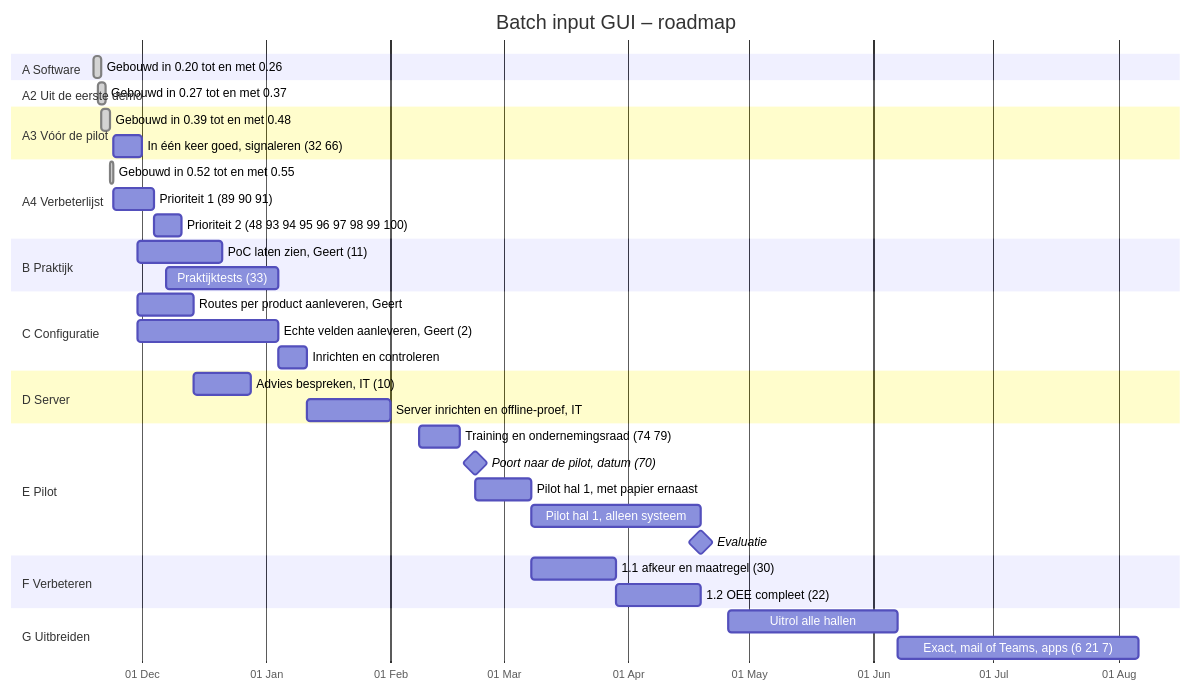
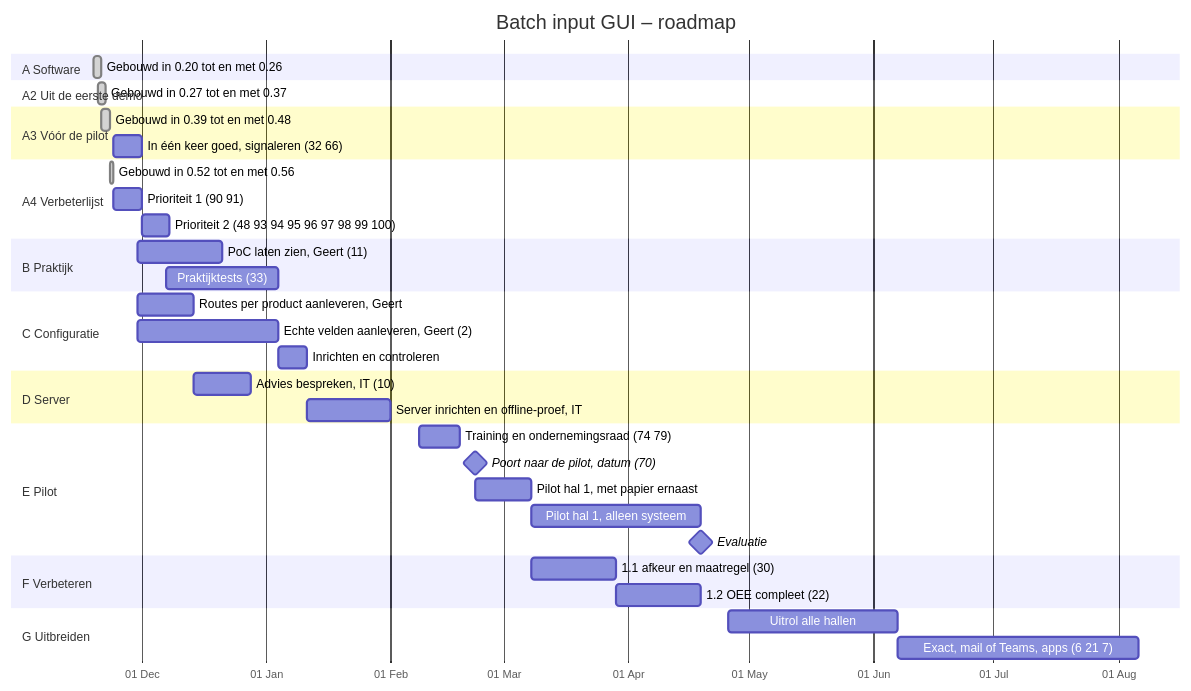
One commit to Gertjun/Manufacturing-Execution-System changed the diagram in ROADMAP.md. Above: the diagram before and after it, drawn with Mermaid. The commit also changed other lines of this file and 20 other files, not shown here.

````diff
--- a/ROADMAP.md
+++ b/ROADMAP.md
@@ -12,50 +12,50 @@
 ```mermaid
 gantt
     title Batch input GUI – roadmap
     dateFormat YYYY-MM-DD
     axisFormat %d %b
     todayMarker on
 
     section A Software
     Gebouwd in 0.20 tot en met 0.26          :done, a1, 2026-11-19, 2d
 
     section A2 Uit de eerste demo
     Gebouwd in 0.27 tot en met 0.37          :done, a2, 2026-11-20, 2d
 
     section A3 Vóór de pilot
     Gebouwd in 0.39 tot en met 0.48          :done, a3a, 2026-11-21, 2d
     In één keer goed, signaleren (32 66)     :a3b, 2026-11-24, 7d
 
     section A4 Verbeterlijst
-    Gebouwd in 0.52 tot en met 0.55          :done, a4g, 2026-11-23, 1d
-    Prioriteit 1 (89 90 91)                  :a4a, 2026-11-24, 10d
+    Gebouwd in 0.52 tot en met 0.56          :done, a4g, 2026-11-23, 1d
+    Prioriteit 1 (90 91)                     :a4a, 2026-11-24, 7d
     Prioriteit 2 (48 93 94 95 96 97 98 99 100) :a4b, after a4a, 7d
 
     section B Praktijk
     PoC laten zien, Geert (11)               :b1, 2026-11-30, 21d
     Praktijktests (33)                       :b2, 2026-12-07, 28d
 
     section C Configuratie
     Routes per product aanleveren, Geert     :c0, 2026-11-30, 14d
     Echte velden aanleveren, Geert (2)       :c1, 2026-11-30, 35d
     Inrichten en controleren                 :c2, after c1, 7d
 
     section D Server
     Advies bespreken, IT (10)                :d1, 2026-12-14, 14d
     Server inrichten en offline-proef, IT    :d2, 2027-01-11, 21d
 
     section E Pilot
     Training en ondernemingsraad (74 79)     :e0, 2027-02-08, 10d
     Poort naar de pilot, datum (70)          :milestone, m1, 2027-02-22, 0d
     Pilot hal 1, met papier ernaast          :e1, 2027-02-22, 14d
     Pilot hal 1, alleen systeem              :e2, after e1, 42d
     Evaluatie                                :milestone, m2, 2027-04-19, 0d
 
     section F Verbeteren
     1.1 afkeur en maatregel (30)             :f1, 2027-03-08, 21d
     1.2 OEE compleet (22)                    :f2, after f1, 21d
 
     section G Uitbreiden
     Uitrol alle hallen                       :g1, 2027-04-26, 42d
     Exact, mail of Teams, apps (6 21 7)      :g2, 2027-06-07, 60d
 ```
````
